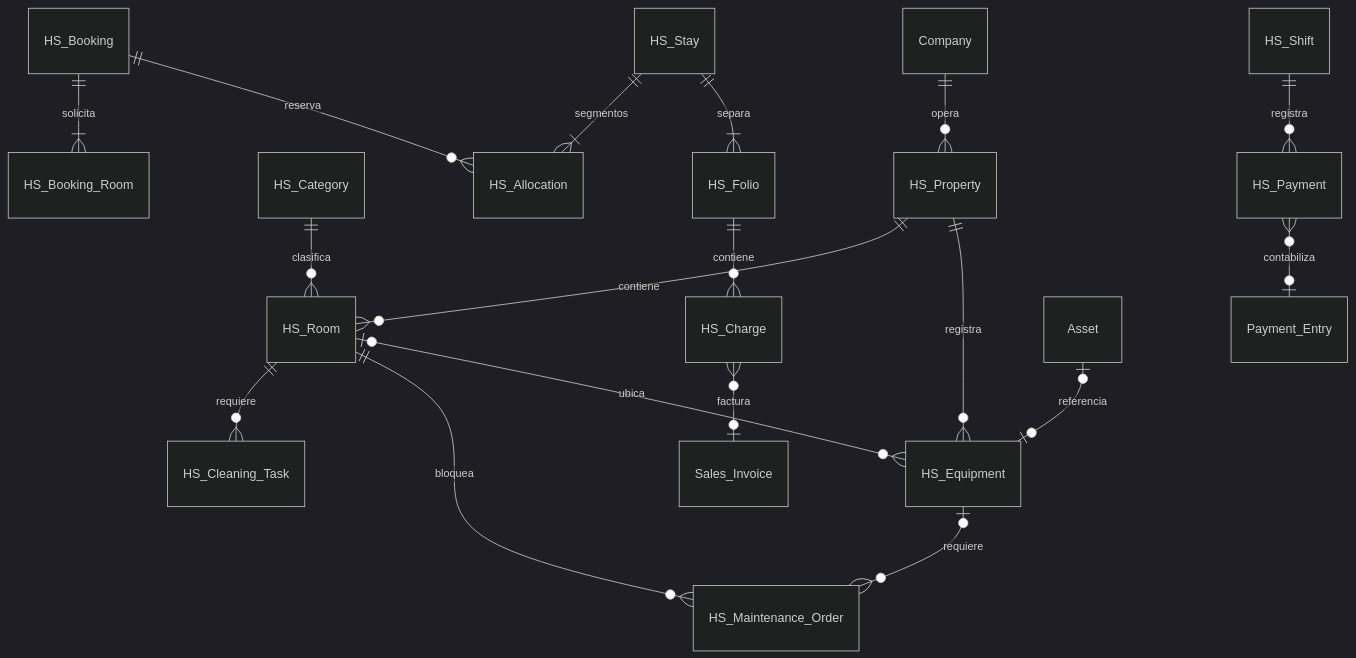
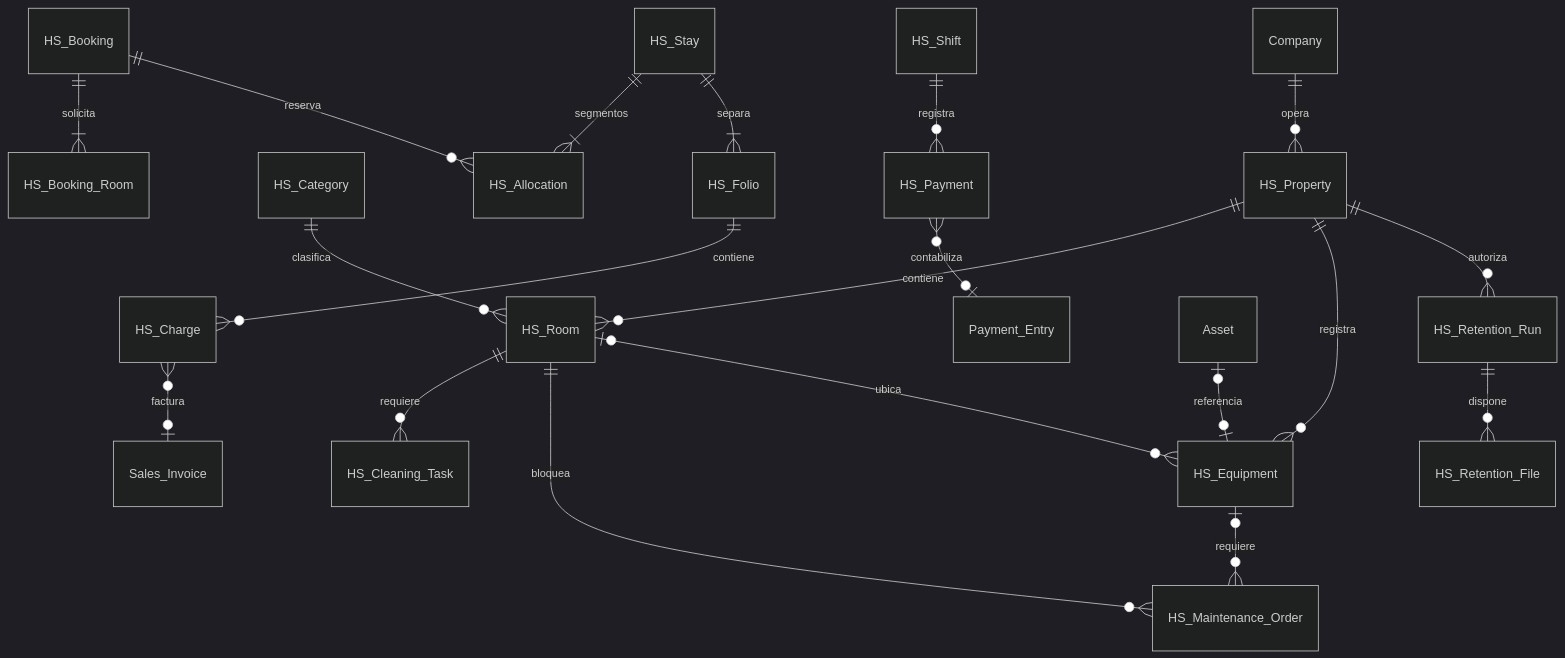
The first of 2 diagrams in docs/ARQUITECTURA.md (ernestoruiz89/hospitality_suite), drawn with Mermaid (dark theme) before and after one commit. The commit also changed other lines of this file and 30 other files, not shown here.

````diff
--- a/docs/ARQUITECTURA.md
+++ b/docs/ARQUITECTURA.md
@@ -17,20 +19,22 @@
 ```mermaid
 erDiagram
   Company ||--o{ HS_Property : opera
   HS_Property ||--o{ HS_Room : contiene
   HS_Category ||--o{ HS_Room : clasifica
   HS_Booking ||--|{ HS_Booking_Room : solicita
   HS_Booking ||--o{ HS_Allocation : reserva
   HS_Stay ||--|{ HS_Allocation : segmentos
   HS_Stay ||--|{ HS_Folio : separa
   HS_Folio ||--o{ HS_Charge : contiene
   HS_Charge }o--o| Sales_Invoice : factura
   HS_Shift ||--o{ HS_Payment : registra
   HS_Payment }o--o| Payment_Entry : contabiliza
   HS_Room ||--o{ HS_Cleaning_Task : requiere
   HS_Room ||--o{ HS_Maintenance_Order : bloquea
   HS_Property ||--o{ HS_Equipment : registra
   HS_Room |o--o{ HS_Equipment : ubica
   Asset |o--o| HS_Equipment : referencia
   HS_Equipment |o--o{ HS_Maintenance_Order : requiere
+  HS_Property ||--o{ HS_Retention_Run : autoriza
+  HS_Retention_Run ||--o{ HS_Retention_File : dispone
 ```
````
